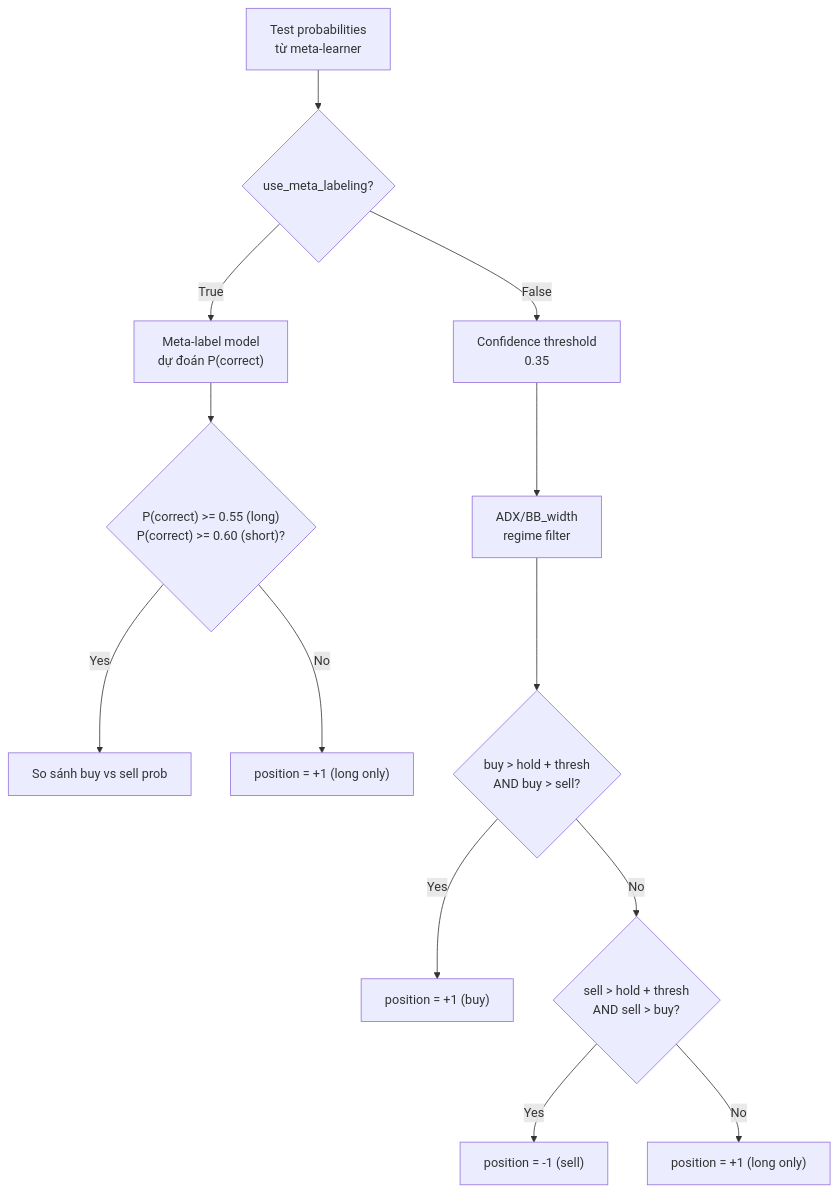
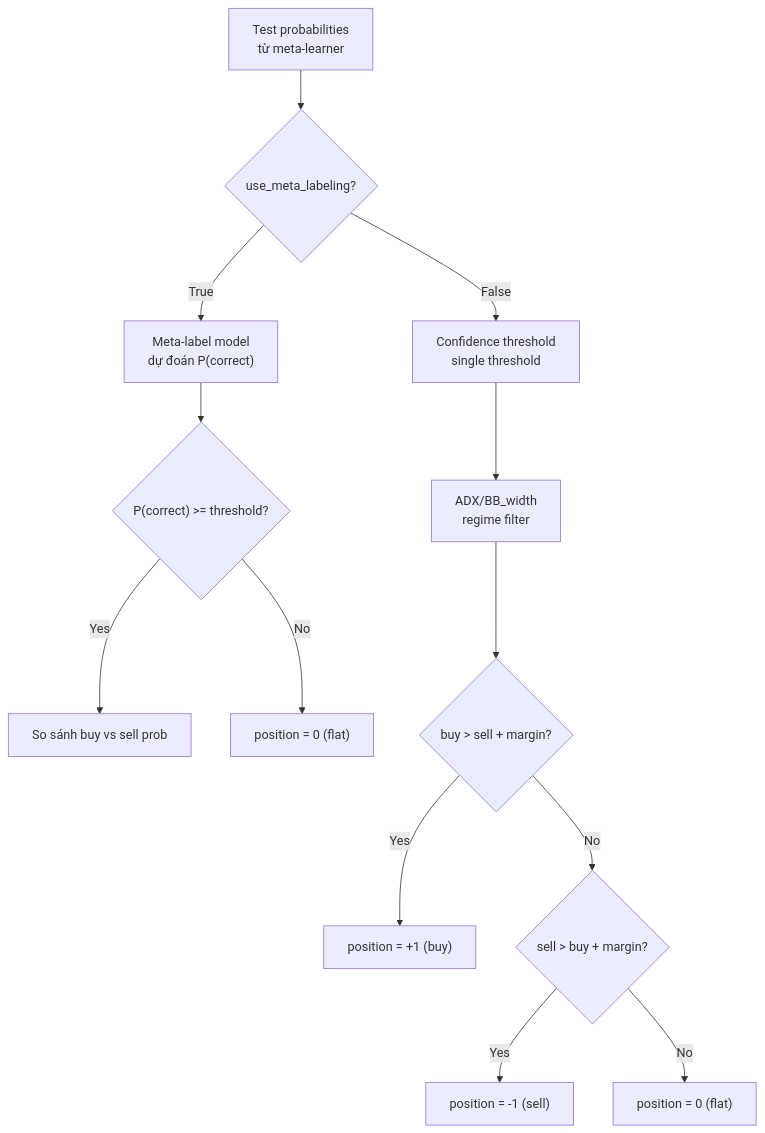
Before and after one commit to ultimateBroK/thesis-compact: the fifth of 6 diagrams in docs/model-training.md, drawn with Mermaid. The commit also changed other lines of this file and 32 other files, not shown here.

````diff
--- a/docs/model-training.md
+++ b/docs/model-training.md
@@ -169,15 +169,15 @@
 ```mermaid
 flowchart TD
     A["Test probabilities<br/>từ meta-learner"] --> B{"use_meta_labeling?"}
     B -->|"True"| C["Meta-label model<br/>dự đoán P(correct)"]
-    B -->|"False"| D["Confidence threshold<br/>0.35"]
-    C --> E{"P(correct) >= 0.55 (long)<br/>P(correct) >= 0.60 (short)?"}
+    B -->|"False"| D["Confidence threshold<br/>single threshold"]
+    C --> E{"P(correct) >= threshold?"}
     E -->|"Yes"| F["So sánh buy vs sell prob"]
-    E -->|"No"| G["position = +1 (long only)"]
+    E -->|"No"| G["position = 0 (flat)"]
     D --> R["ADX/BB_width<br/>regime filter"]
-    R --> H{"buy > hold + thresh<br/>AND buy > sell?"}
+    R --> H{"buy > sell + margin?"}
     H -->|"Yes"| I["position = +1 (buy)"]
-    H -->|"No"| J{"sell > hold + thresh<br/>AND sell > buy?"}
+    H -->|"No"| J{"sell > buy + margin?"}
     J -->|"Yes"| K["position = -1 (sell)"]
-    J -->|"No"| L["position = +1 (long only)"]
+    J -->|"No"| L["position = 0 (flat)"]
 ```
````
